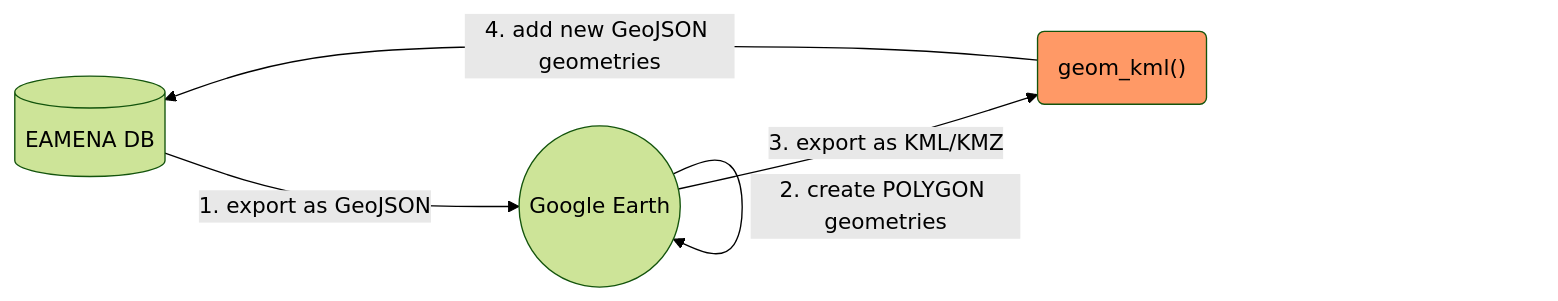
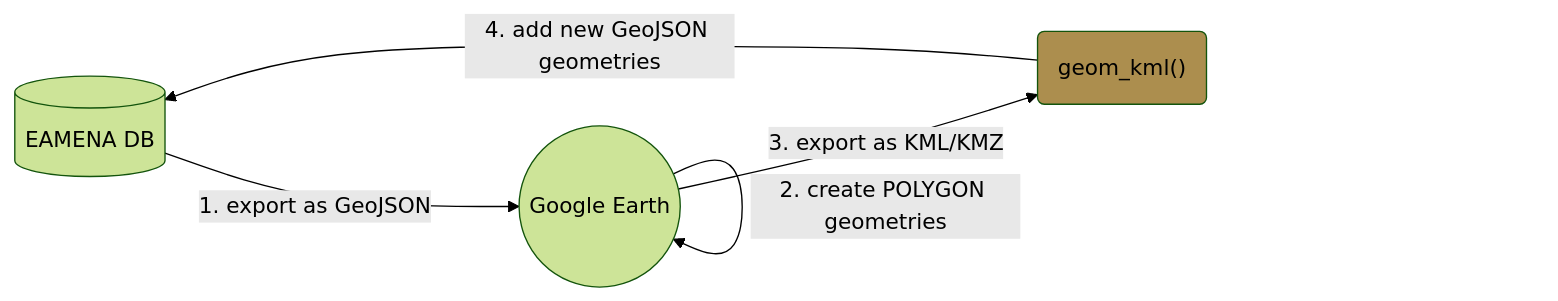
The diagram in data/bulk/temp.md (eamena-project/eamena-arches-dev), drawn with Mermaid (forest theme) before and after one commit.

Commit message:
GeoJSON + KML

````diff
--- a/data/bulk/temp.md
+++ b/data/bulk/temp.md
@@ -5,8 +5,8 @@
 ```mermaid
 flowchart LR
     A[(EAMENA DB)] --1. export as GeoJSON--> B[GeoJSON file];
     B((Google Earth)) --2. create POLYGON geometries--> B;
     B --3. export as KML/KMZ--> C("geom_kml()"):::eamenaRfunction;
     C --4. add new GeoJSON geometries--> A;
-    classDef eamenaRfunction fill:#f96;
+    classDef eamenaRfunction fill:#ac8e4e;
 ```
````
